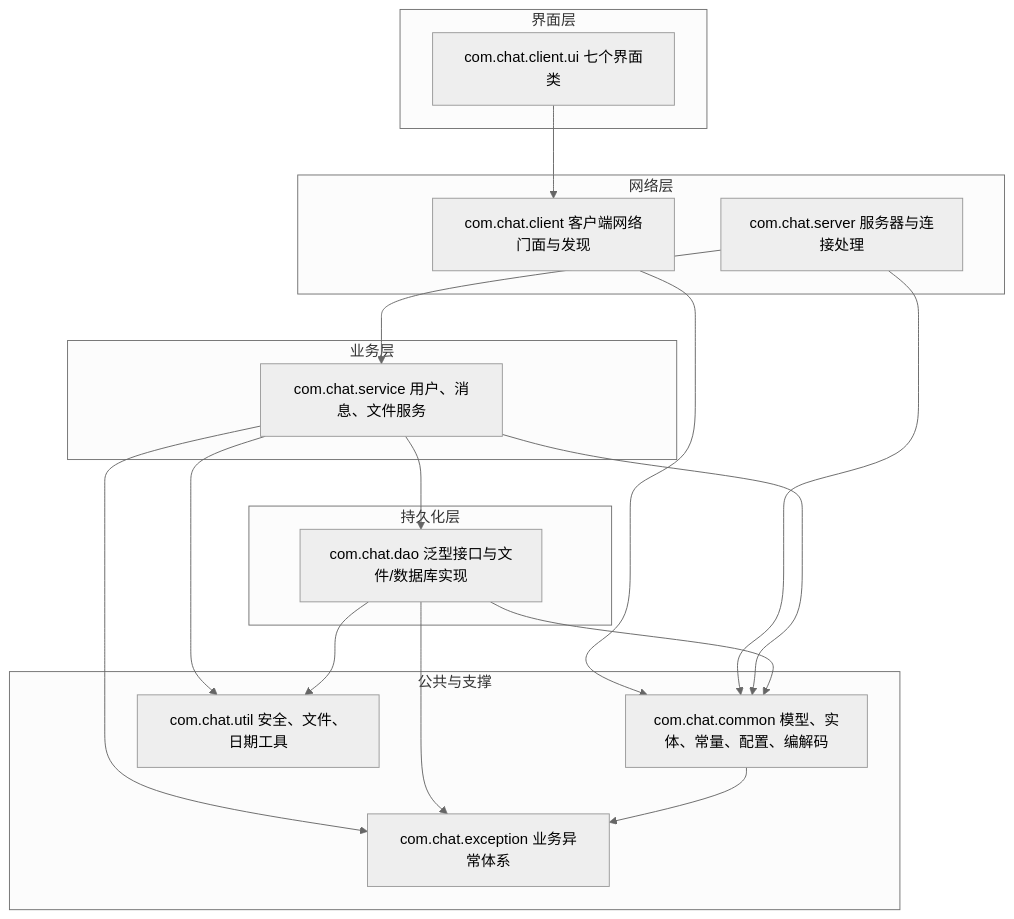
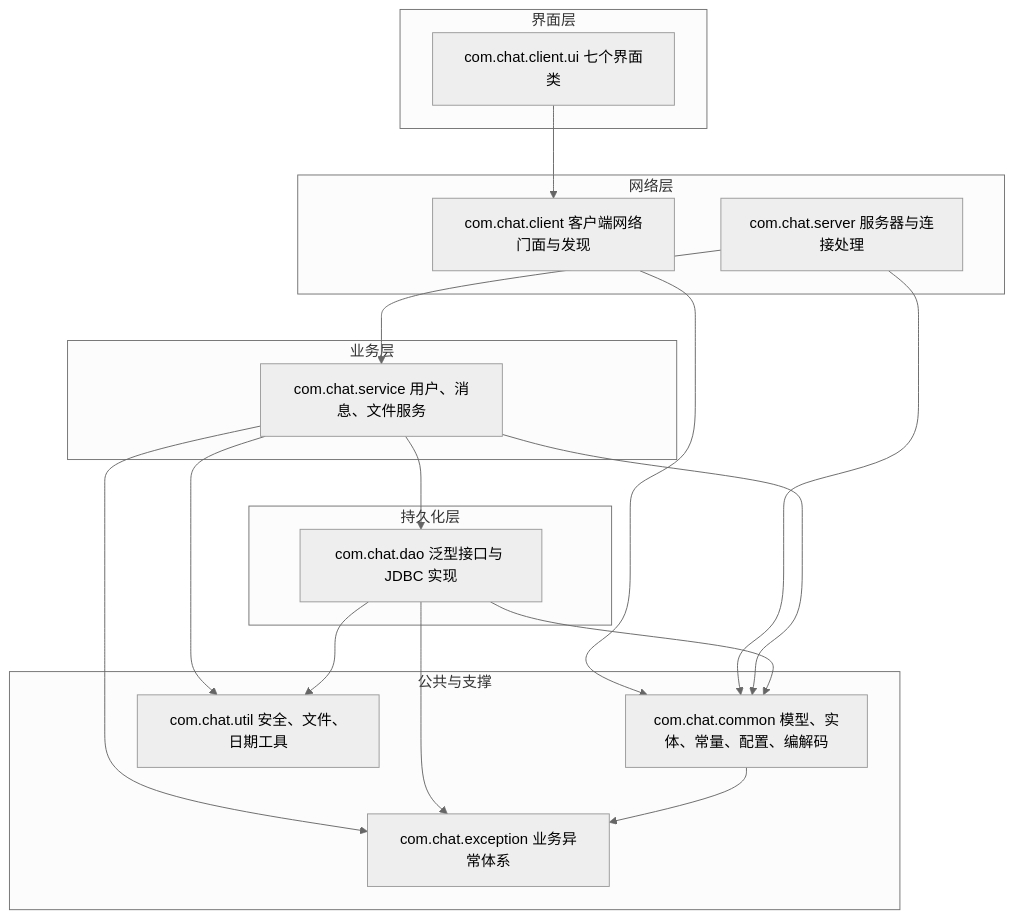
One commit to FeiTwnd/lanchat changed the first of 11 diagrams in docs/design/04-实现说明.md. Above: the diagram before and after it, drawn with Mermaid (neutral theme). The commit also changed other lines of this file and 9 other files, not shown here.

````diff
--- a/docs/design/04-实现说明.md
+++ b/docs/design/04-实现说明.md
@@ -40,34 +40,34 @@
 ```mermaid
 flowchart TB
     subgraph L1["界面层"]
         UI["com.chat.client.ui 七个界面类"]
     end
     subgraph L2["网络层"]
         CLIENT["com.chat.client 客户端网络门面与发现"]
         SERVER["com.chat.server 服务器与连接处理"]
     end
     subgraph L3["业务层"]
         SERVICE["com.chat.service 用户、消息、文件服务"]
     end
     subgraph L4["持久化层"]
-        DAO["com.chat.dao 泛型接口与文件/数据库实现"]
+        DAO["com.chat.dao 泛型接口与 JDBC 实现"]
     end
     subgraph L5["公共与支撑"]
         COMMON["com.chat.common 模型、实体、常量、配置、编解码"]
         UTIL["com.chat.util 安全、文件、日期工具"]
         EXC["com.chat.exception 业务异常体系"]
     end
 
     UI --> CLIENT
     CLIENT --> COMMON
     SERVER --> SERVICE
     SERVER --> COMMON
     SERVICE --> DAO
     SERVICE --> COMMON
     SERVICE --> UTIL
     SERVICE --> EXC
     DAO --> COMMON
     DAO --> UTIL
     DAO --> EXC
     COMMON --> EXC
 ```
````
